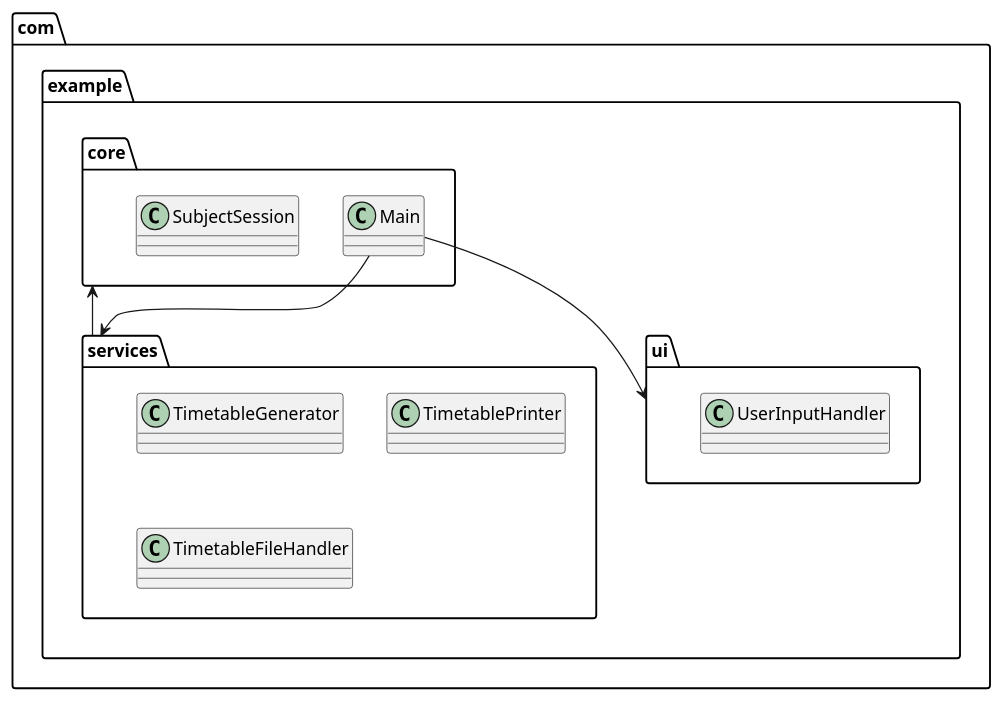
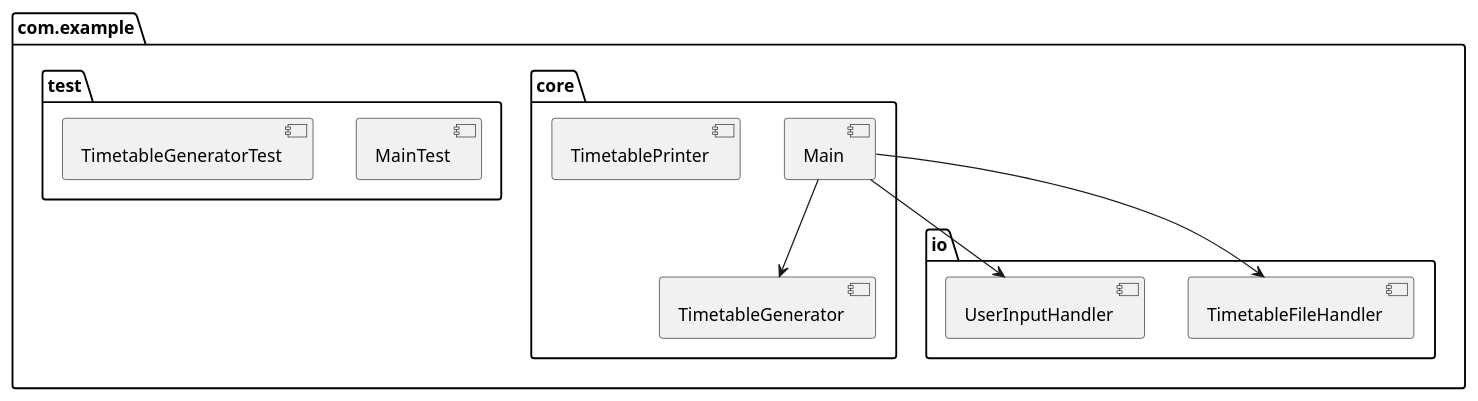
Before and after one commit to BhaveshSabharwal/JAVA-and-DSA-Sem-end-Project: the diagram in UML/code/package.puml, drawn with PlantUML. The commit also changed 21 other files, not shown here.

Commit message:
Updated UML diagrams

```diff
--- a/UML/code/package.puml
+++ b/UML/code/package.puml
@@ -1,22 +1,23 @@
-@startuml
+@startuml package
 package "com.example" {
-    package "core" {
-        class Main
-        class SubjectSession
-    }
+  package "core" {
+    [Main]
+    [TimetableGenerator]
+    [TimetablePrinter]
+  }
 
-    package "services" {
-        class TimetableGenerator
-        class TimetablePrinter
-        class TimetableFileHandler
-    }
+  package "io" {
+    [TimetableFileHandler]
+    [UserInputHandler]
+  }
 
-    package "ui" {
-        class UserInputHandler
-    }
+  package "test" {
+    [MainTest]
+    [TimetableGeneratorTest]
+  }
 }
 
-Main --> services
-Main --> ui
-services --> core
+[Main] --> [TimetableGenerator]
+[Main] --> [TimetableFileHandler]
+[Main] --> [UserInputHandler]
 @enduml
```
